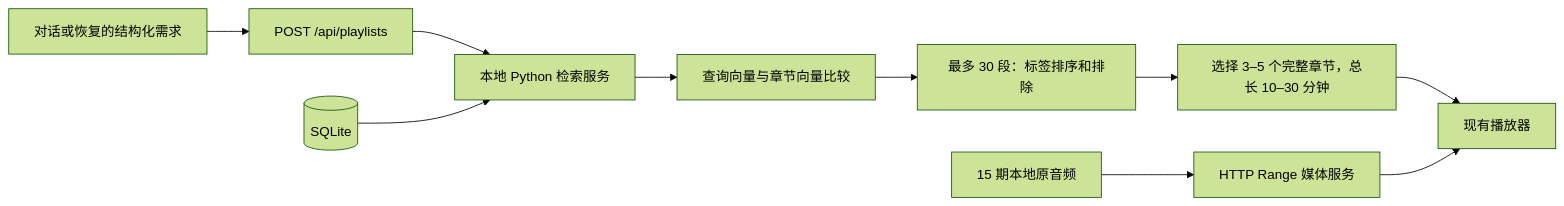
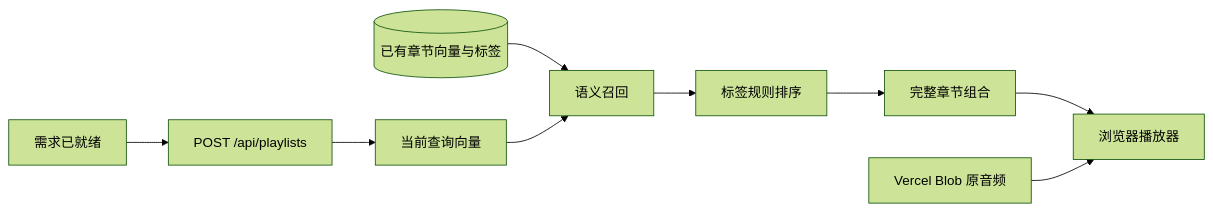
One commit to xinyuww/podcast-content-search changed the diagram in docs/dynamic-playlists.md. Above: the diagram before and after it, drawn with Mermaid (forest theme). The commit also changed other lines of this file and 12 other files, not shown here.

Commit message:
docs: align README and guides with current Vercel architecture

````diff
--- a/docs/dynamic-playlists.md
+++ b/docs/dynamic-playlists.md
@@ -9,12 +7,11 @@
 ```mermaid
 flowchart LR
-    N[对话或恢复的结构化需求] --> P[POST /api/playlists]
-    P --> S[本地 Python 检索服务]
-    DB[(SQLite)] --> S
-    S --> Q[查询向量与章节向量比较]
-    Q --> R[最多 30 段：标签排序和排除]
-    R --> C[选择 3–5 个完整章节，总长 10–30 分钟]
-    C --> UI[现有播放器]
-    A[15 期本地原音频] --> M[HTTP Range 媒体服务]
-    M --> UI
+    N[需求已就绪] --> API[POST /api/playlists]
+    API --> E[当前查询向量]
+    DB[(已有章节向量与标签)] --> R[语义召回]
+    E --> R
+    R --> T[标签规则排序]
+    T --> C[完整章节组合]
+    C --> P[浏览器播放器]
+    B[Vercel Blob 原音频] --> P
 ```
````
